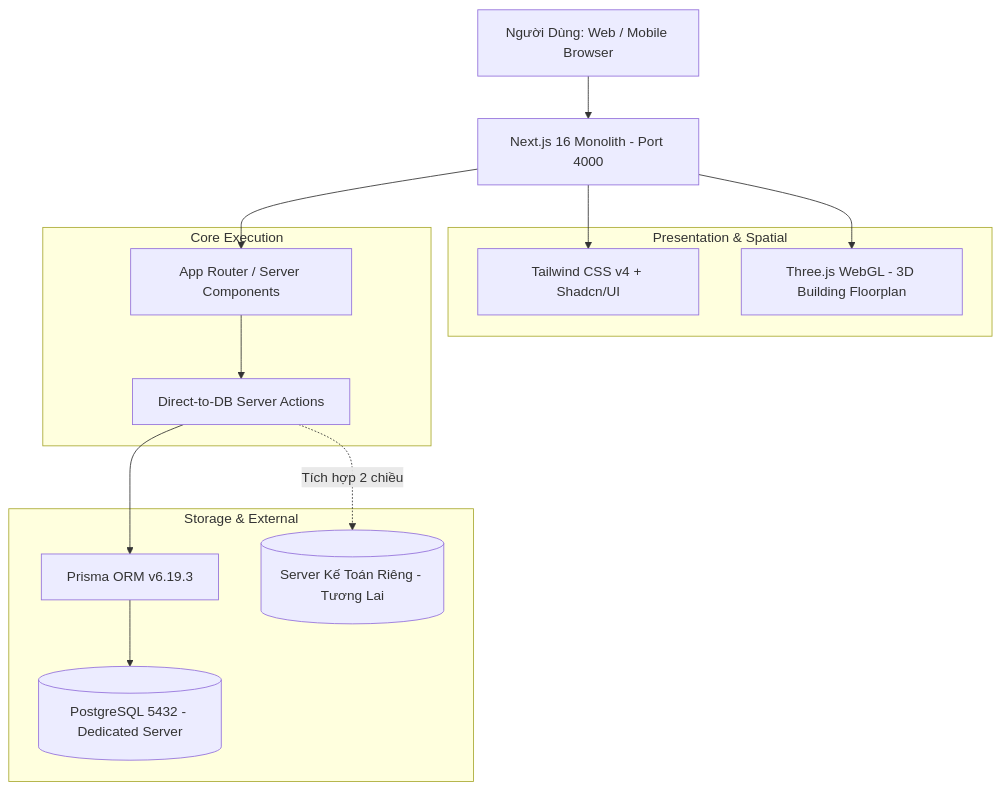
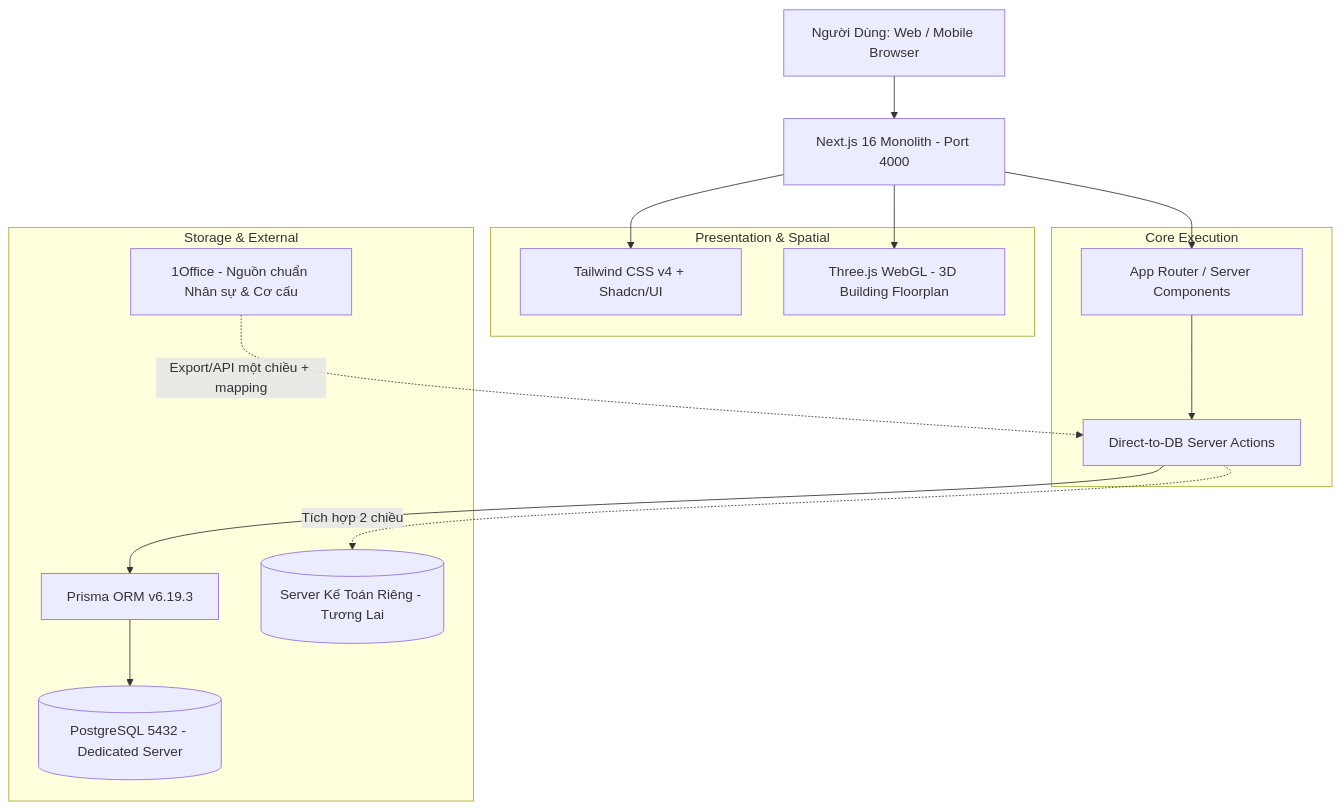
Before and after one commit to IceCrowNT/SGDERP: the diagram in docs/ARCHITECTURE.md, drawn with Mermaid. The commit also changed other lines of this file and 34 other files, not shown here.

````diff
--- a/docs/ARCHITECTURE.md
+++ b/docs/ARCHITECTURE.md
@@ -17,27 +17,29 @@
 ```mermaid
 graph TD
     UserClient[Người Dùng: Web / Mobile Browser] --> NextMonolith[Next.js 16 Monolith - Port 4000]
     
     subgraph Presentation & Spatial
         TailwindUI[Tailwind CSS v4 + Shadcn/UI]
         DigitalTwin3D[Three.js WebGL - 3D Building Floorplan]
     end
     
     subgraph Core Execution
         AppRouter[App Router / Server Components]
         ServerActions[Direct-to-DB Server Actions]
     end
     
     subgraph Storage & External
         PrismaORM[Prisma ORM v6.19.3]
         LocalPostgres[(PostgreSQL 5432 - Dedicated Server)]
+        OneOffice[1Office - Nguồn chuẩn Nhân sự & Cơ cấu]
         AccountingServer[(Server Kế Toán Riêng - Tương Lai)]
     end
 
     NextMonolith --> TailwindUI
     NextMonolith --> DigitalTwin3D
     NextMonolith --> AppRouter
     AppRouter --> ServerActions
     ServerActions --> PrismaORM --> LocalPostgres
+    OneOffice -.->|Export/API một chiều + mapping| ServerActions
     ServerActions -.->|Tích hợp 2 chiều| AccountingServer
 ```
````
